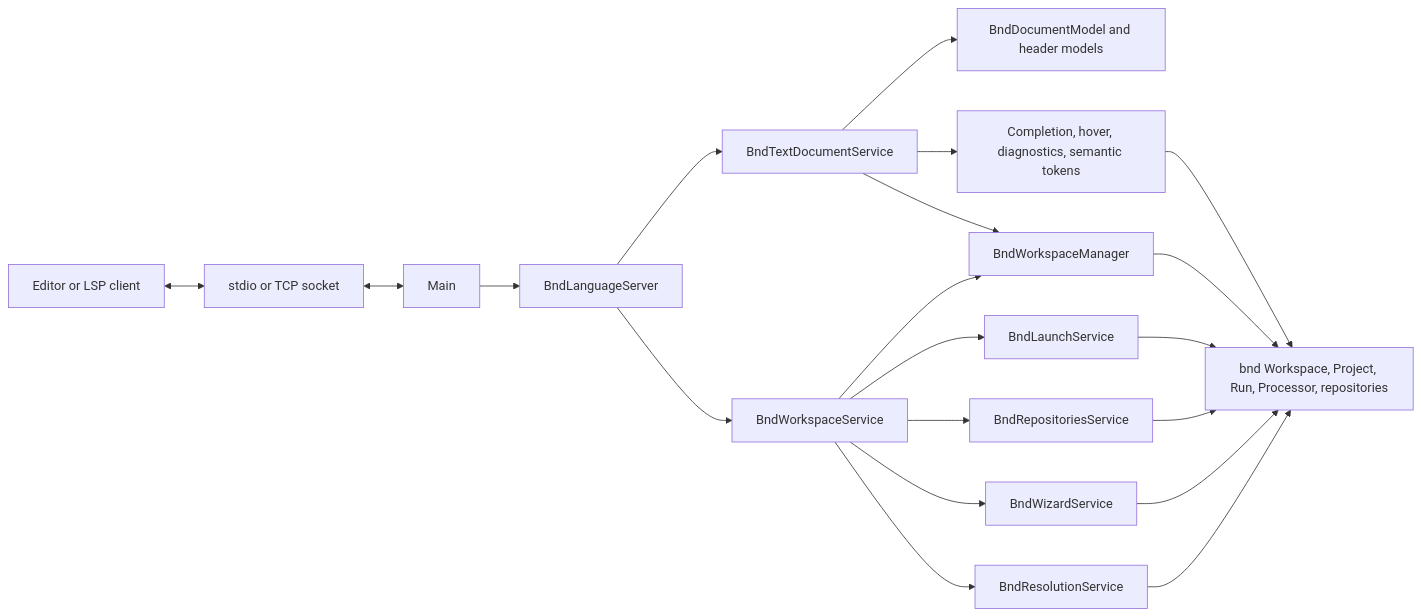
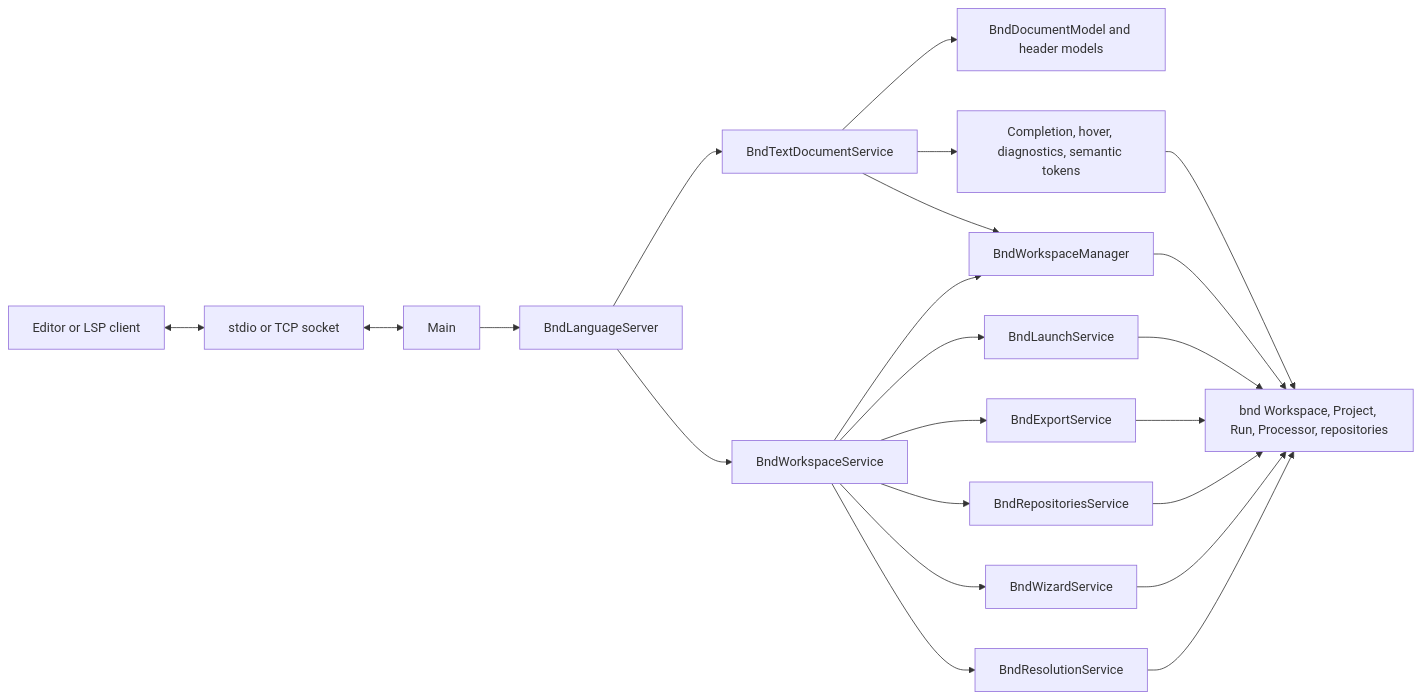
Before and after one commit to bndtools/bnd: the first of 5 diagrams in biz.aQute.bnd.lsp/ARCHITECTURE.md, drawn with Mermaid. The commit also changed other lines of this file and 5 other files, not shown here.

First line of the commit message:
Add bnd.export command to the language server

````diff
--- a/biz.aQute.bnd.lsp/ARCHITECTURE.md
+++ b/biz.aQute.bnd.lsp/ARCHITECTURE.md
@@ -16,37 +16,40 @@
 ```mermaid
 flowchart LR
     Client[Editor or LSP client]
     Transport[stdio or TCP socket]
     Main[Main]
     Server[BndLanguageServer]
     Text[BndTextDocumentService]
     WorkspaceService[BndWorkspaceService]
     Manager[BndWorkspaceManager]
     Model[BndDocumentModel and header models]
     Providers[Completion, hover, diagnostics, semantic tokens]
     Launch[BndLaunchService]
+    Export[BndExportService]
     Repositories[BndRepositoriesService]
     Wizard[BndWizardService]
     Resolution[BndResolutionService]
     BndAPI[bnd Workspace, Project, Run, Processor, repositories]
 
     Client <--> Transport
     Transport <--> Main
     Main --> Server
     Server --> Text
     Server --> WorkspaceService
     Text --> Model
     Text --> Providers
     Text --> Manager
     WorkspaceService --> Manager
     WorkspaceService --> Launch
+    WorkspaceService --> Export
     WorkspaceService --> Repositories
     WorkspaceService --> Wizard
     WorkspaceService --> Resolution
     Manager --> BndAPI
     Launch --> BndAPI
+    Export --> BndAPI
     Repositories --> BndAPI
     Wizard --> BndAPI
     Resolution --> BndAPI
     Providers --> BndAPI
 ```
````
